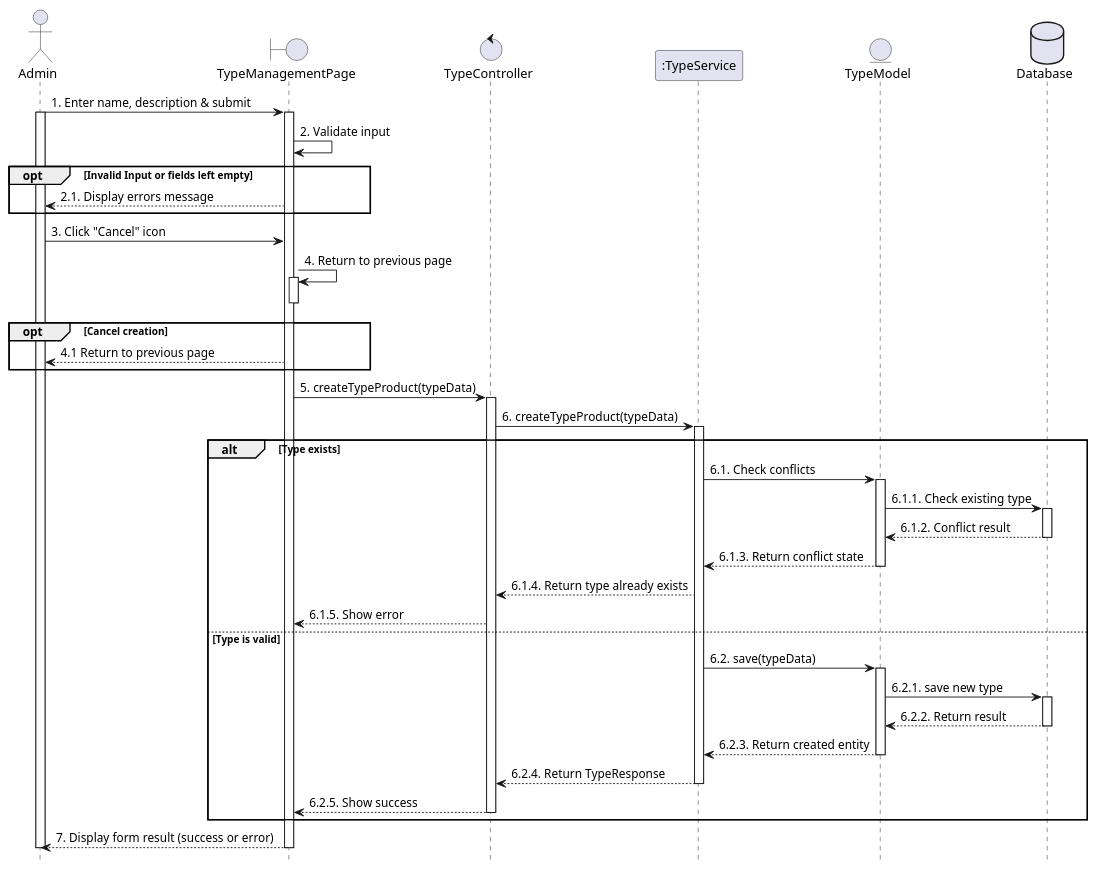
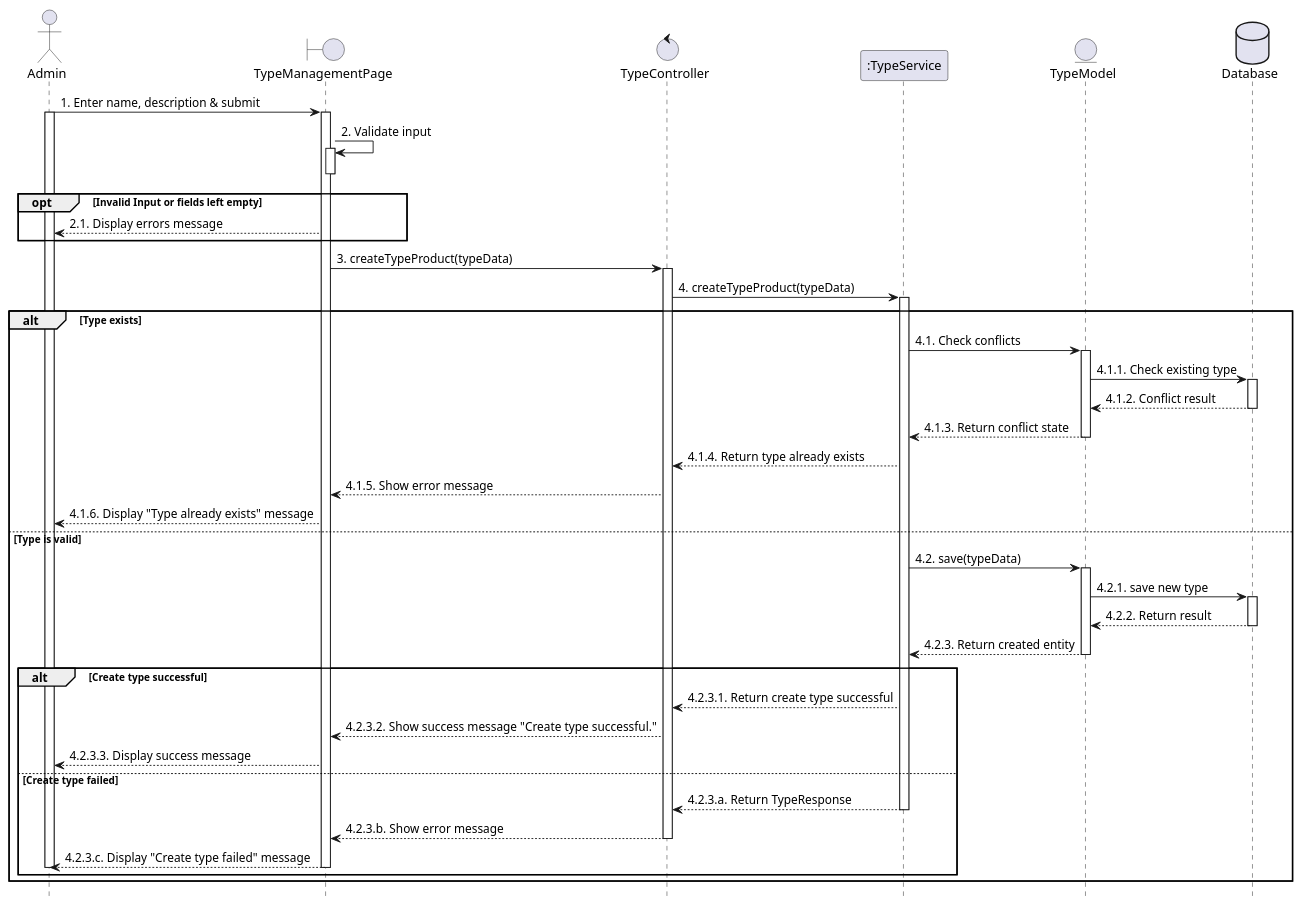
Before and after one commit to VietDurian/VietDurian: the diagram in planuml/web/47_createType.puml, drawn with PlantUML. The commit also changed 23 other files, not shown here.

Commit message:
sequence

```diff
--- a/planuml/web/47_createType.puml
+++ b/planuml/web/47_createType.puml
@@ -1,69 +1,69 @@
 @startuml 47_createType
 hide footbox
 
 actor User as "Admin" 
 boundary TypeManagementPage as View
 control "TypeController" as Controller
 participant ":TypeService" as Service
 entity "TypeModel" as Model
 database Database as Database
 
 
 User -> View : 1. Enter name, description & submit
 activate View
 activate User
 View -> View : 2. Validate input
+activate View
+deactivate View
 opt Invalid Input or fields left empty
     View --> User : 2.1. Display errors message
 end
 
-User -> View : 3. Click "Cancel" icon
-View -> View : 4. Return to previous page
-activate View
-deactivate View
-opt Cancel creation
-    View --> User : 4.1 Return to previous page
-end
-
-View -> Controller : 5. createTypeProduct(typeData)
+View -> Controller : 3. createTypeProduct(typeData)
 activate Controller
 
-Controller -> Service : 6. createTypeProduct(typeData)
+Controller -> Service : 4. createTypeProduct(typeData)
 activate Service
 
 alt Type exists
-    Service -> Model : 6.1. Check conflicts
-    activate Model
-
-    Model -> Database : 6.1.1. Check existing type
-    activate Database
-    Database --> Model : 6.1.2. Conflict result
-    deactivate Database
-
-    Model --> Service : 6.1.3. Return conflict state
-    deactivate Model
-
-        Service --> Controller : 6.1.4. Return type already exists
-        Controller --> View : 6.1.5. Show error
-else Type is valid
-        Service -> Model : 6.2. save(typeData)
+        Service -> Model : 4.1. Check conflicts
         activate Model
 
-        Model -> Database : 6.2.1. save new type
+        Model -> Database : 4.1.1. Check existing type
         activate Database
-        Database --> Model : 6.2.2. Return result
+        Database --> Model : 4.1.2. Conflict result
         deactivate Database
 
-        Model --> Service : 6.2.3. Return created entity
+        Model --> Service : 4.1.3. Return conflict state
         deactivate Model
 
-        Service --> Controller : 6.2.4. Return TypeResponse
-        deactivate Service
-        Controller --> View : 6.2.5. Show success
-        deactivate Controller
+        Service --> Controller : 4.1.4. Return type already exists
+        Controller --> View : 4.1.5. Show error message
+        View --> User : 4.1.6. Display "Type already exists" message
+else Type is valid
+        Service -> Model : 4.2. save(typeData)
+        activate Model
+
+        Model -> Database : 4.2.1. save new type
+        activate Database
+        Database --> Model : 4.2.2. Return result
+        deactivate Database
+
+        Model --> Service : 4.2.3. Return created entity
+        deactivate Model
+
+                alt Create type successful
+                        Service --> Controller : 4.2.3.1. Return create type successful
+                        Controller --> View : 4.2.3.2. Show success message "Create type successful."
+                        View --> User : 4.2.3.3. Display success message
+                else Create type failed
+                        Service --> Controller : 4.2.3.a. Return TypeResponse
+                        deactivate Service
+                        Controller --> View : 4.2.3.b. Show error message
+                        deactivate Controller
+                        View --> User : 4.2.3.c. Display "Create type failed" message
+                        deactivate View
+                        deactivate User
+                end
 end
-
-View --> User : 7. Display form result (success or error)
-deactivate View
-deactivate User
 @enduml
```
